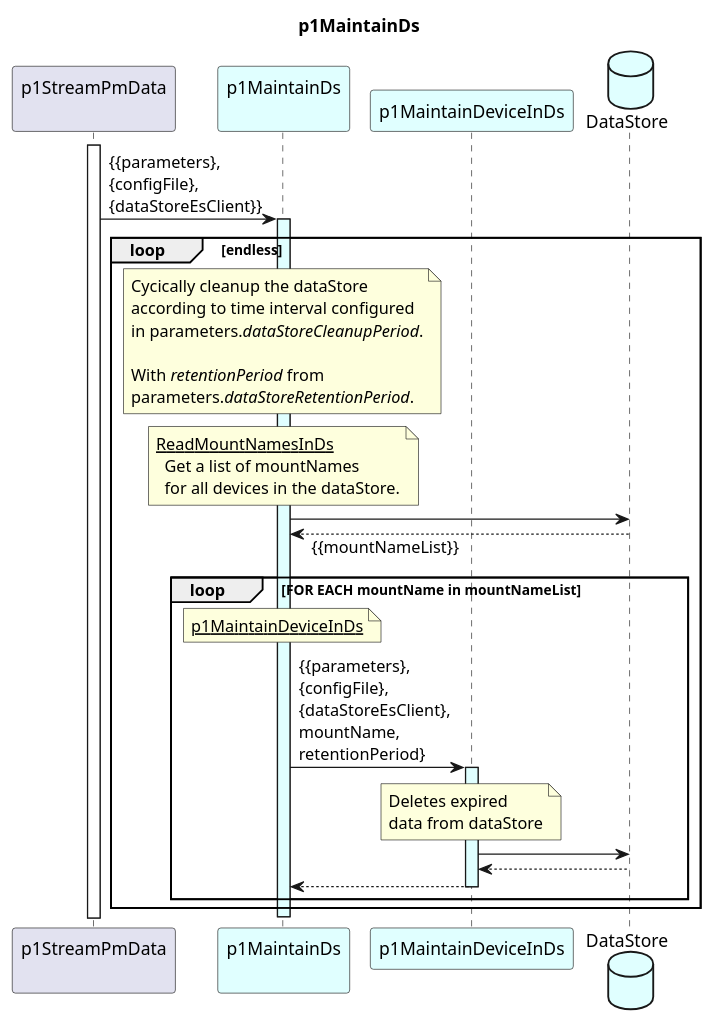
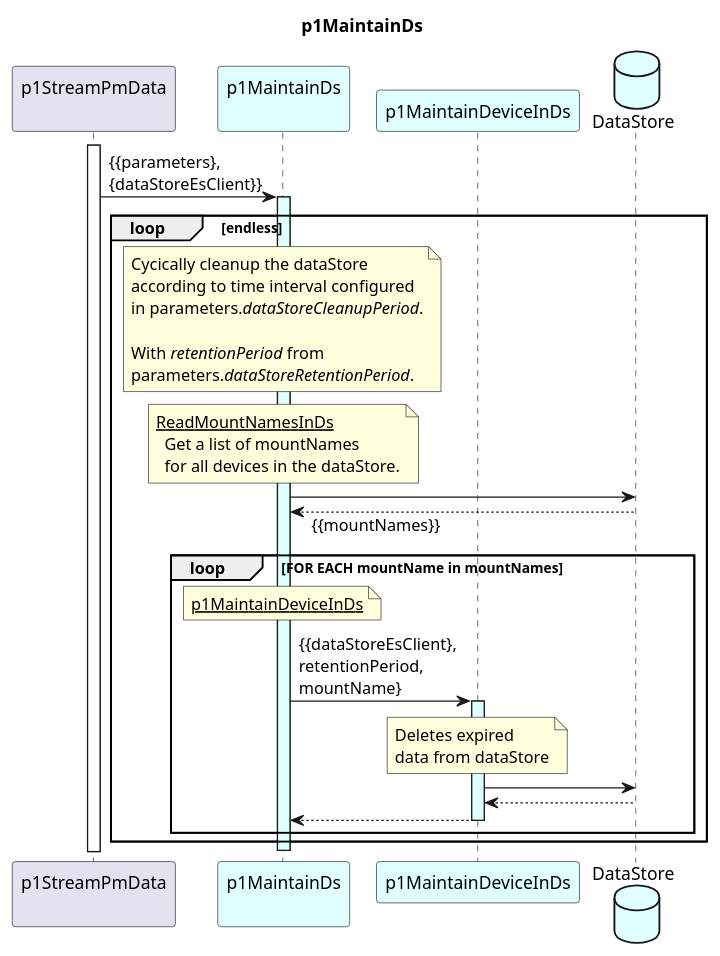
One commit to openBackhaul/DevicePerformanceManagementDataProcessor changed the diagram in spec/Functions/p1StreamPmData/p1MaintainDs/1.0.0/p1MaintainDs.plantuml. Above: the diagram before and after it, drawn with PlantUML. The commit also changed 11 other files, not shown here.

```diff
--- a/spec/Functions/p1StreamPmData/p1MaintainDs/1.0.0/p1MaintainDs.plantuml
+++ b/spec/Functions/p1StreamPmData/p1MaintainDs/1.0.0/p1MaintainDs.plantuml
@@ -1,63 +1,63 @@
 @startuml p1MaintainDs
 skinparam responseMessageBelowArrow true
 skinparam SequenceDividerBackgroundColor #LightSalmon
 
 title
   p1MaintainDs
 end title
 
 participant "p1StreamPmData\n" as requestor
 participant "p1MaintainDs\n" as cur #LightCyan
 participant "p1MaintainDeviceInDs" as dev #LightCyan
 database "DataStore" as ds #LightCyan
 
 
 activate requestor
 
-requestor -> cur : {{parameters},\n{configFile},\n{dataStoreEsClient}}
+requestor -> cur : {{parameters},\n{dataStoreEsClient}}
 activate cur #LightCyan
 
 loop endless
   note over cur
     Cycically cleanup the dataStore
     according to time interval configured
     in parameters.<i>dataStoreCleanupPeriod</i>.
 
     With <i>retentionPeriod</i> from
     parameters.<i>dataStoreRetentionPeriod</i>.
   end note
 
   note over cur
     <u>ReadMountNamesInDs</u>
       Get a list of mountNames
       for all devices in the dataStore.
   end note
   cur -> ds
-  cur <-- ds: {{mountNameList}}
+  cur <-- ds: {{mountNames}}
 
   'iterate over each device
-  loop FOR EACH mountName in mountNameList
+  loop FOR EACH mountName in mountNames
     note over cur
       <u>p1MaintainDeviceInDs</u>
     end note
 
-    cur -> dev: {{parameters},\n{configFile},\n{dataStoreEsClient},\nmountName,\nretentionPeriod}
+    cur -> dev: {{dataStoreEsClient},\nretentionPeriod,\nmountName}
     activate dev #LightCyan
       note over dev
         Deletes expired
         data from dataStore
       end note
       dev -> ds
       dev <-- ds
     cur <-- dev
     deactivate dev
   end loop
 
 end loop
 
 deactivate cur
 
 
 
 
 @enduml
```
